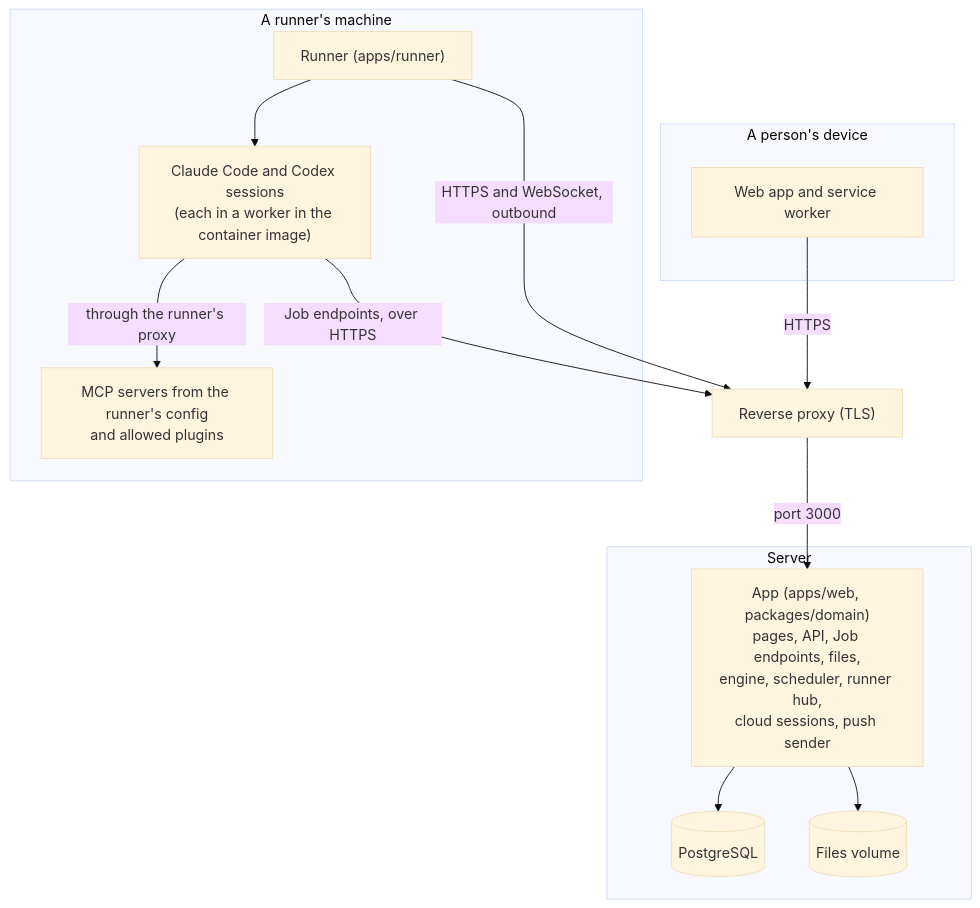
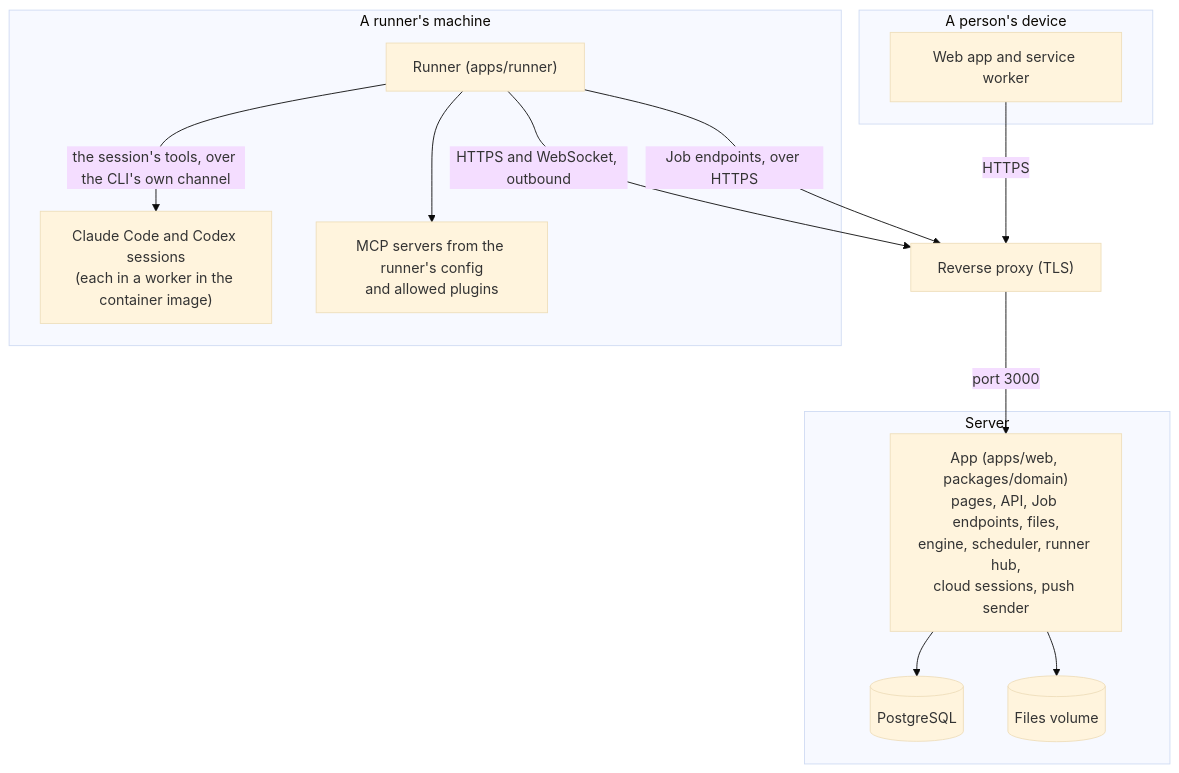
One commit to polystartup/dispand changed the second of 6 diagrams in docs/architecture/diagrams.md. Above: the diagram before and after it, drawn with Mermaid (base theme). The commit also changed other lines of this file and 1 other file, not shown here.

Commit message:
docs(architecture): fix the diagrams' tool path and retries, and read them with any line ending

````diff
--- a/docs/architecture/diagrams.md
+++ b/docs/architecture/diagrams.md
@@ -34,26 +34,26 @@
 ```mermaid
 flowchart TB
   subgraph person["A person's device"]
     web["Web app and service worker"]
   end
   proxy["Reverse proxy (TLS)"]
   subgraph server["Server"]
     app["App (apps/web, packages/domain)<br/>pages, API, Job endpoints, files,<br/>engine, scheduler, runner hub,<br/>cloud sessions, push sender"]
     db[("PostgreSQL")]
     files[("Files volume")]
   end
   subgraph machine["A runner's machine"]
     runner["Runner (apps/runner)"]
     cli["Claude Code and Codex sessions<br/>(each in a worker in the container image)"]
     stdio["MCP servers from the runner's config<br/>and allowed plugins"]
   end
 
   web -- HTTPS --> proxy
   proxy -- "port 3000" --> app
   app --> db
   app --> files
   runner -- "HTTPS and WebSocket, outbound" --> proxy
-  runner --> cli
-  cli -- "through the runner's proxy" --> stdio
-  cli -- "Job endpoints, over HTTPS" --> proxy
+  runner -- "the session's tools, over the CLI's own channel" --> cli
+  runner -- "Job endpoints, over HTTPS" --> proxy
+  runner --> stdio
 ```
````
